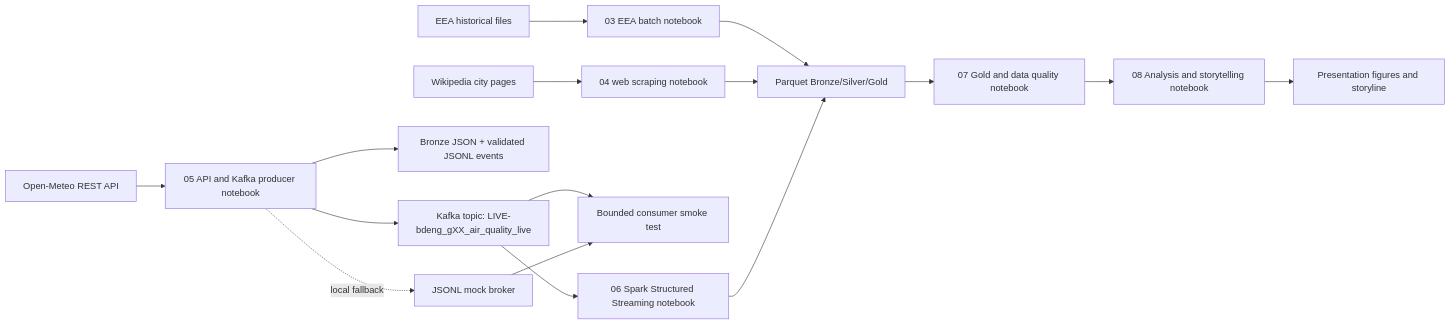
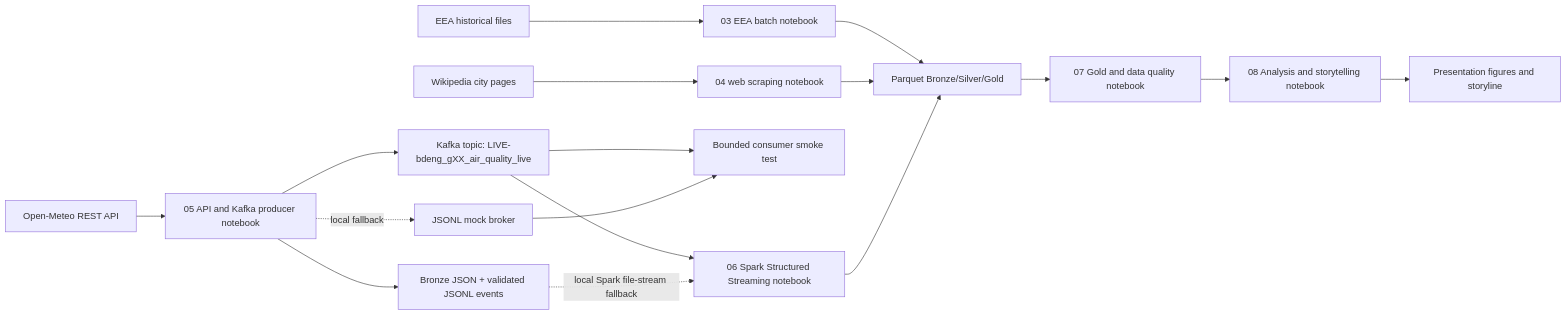
The diagram in docs/diagrams/architecture.mmd (OnlyMajorG/euro-air-quality-pipeline), drawn with Mermaid before and after one commit. The commit also changed 16 other files, not shown here.

```diff
--- a/docs/diagrams/architecture.mmd
+++ b/docs/diagrams/architecture.mmd
@@ -1,16 +1,17 @@
 flowchart LR
     EEA["EEA historical files"] --> N03["03 EEA batch notebook"]
     WIKI["Wikipedia city pages"] --> N04["04 web scraping notebook"]
     API["Open-Meteo REST API"] --> N05["05 API and Kafka producer notebook"]
     N05 --> RAW["Bronze JSON + validated JSONL events"]
     N05 --> KAFKA["Kafka topic: LIVE-bdeng_gXX_air_quality_live"]
     N05 -. "local fallback" .-> MOCK["JSONL mock broker"]
     KAFKA --> EVIDENCE["Bounded consumer smoke test"]
     MOCK --> EVIDENCE
     KAFKA --> N06["06 Spark Structured Streaming notebook"]
+    RAW -. "local Spark file-stream fallback" .-> N06
     N03 --> PARQUET["Parquet Bronze/Silver/Gold"]
     N04 --> PARQUET
     N06 --> PARQUET
     PARQUET --> N07["07 Gold and data quality notebook"]
     N07 --> N08["08 Analysis and storytelling notebook"]
     N08 --> PRES["Presentation figures and storyline"]
```
